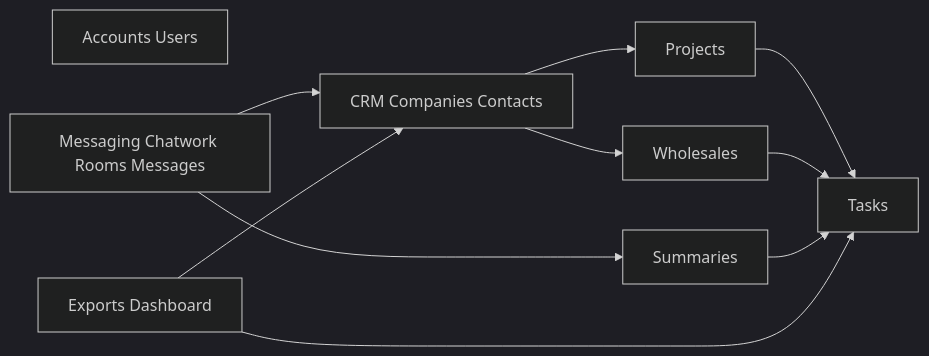
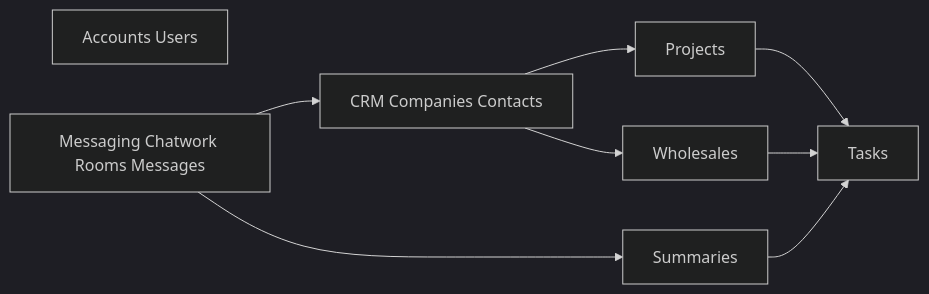
Before and after one commit to yuma2004/CWLLM: diagram 14 of 43 in Docs/diagrams/all.md, drawn with Mermaid (dark theme). The commit also changed other lines of this file and 116 other files, not shown here.

````diff
--- a/Docs/diagrams/all.md
+++ b/Docs/diagrams/all.md
@@ -307,21 +307,18 @@
 ```mermaid
 flowchart LR
   Accounts["Accounts Users"]
   CRM["CRM Companies Contacts"]
   Projects["Projects"]
   Wholesales["Wholesales"]
   Messaging["Messaging Chatwork Rooms Messages"]
   Tasks["Tasks"]
   Summaries["Summaries"]
-  Reporting["Exports Dashboard"]
 
   CRM --> Projects
   CRM --> Wholesales
   Messaging --> CRM
   Messaging --> Summaries
   Projects --> Tasks
   Wholesales --> Tasks
   Summaries --> Tasks
-  Reporting --> CRM
-  Reporting --> Tasks
 ```
````
